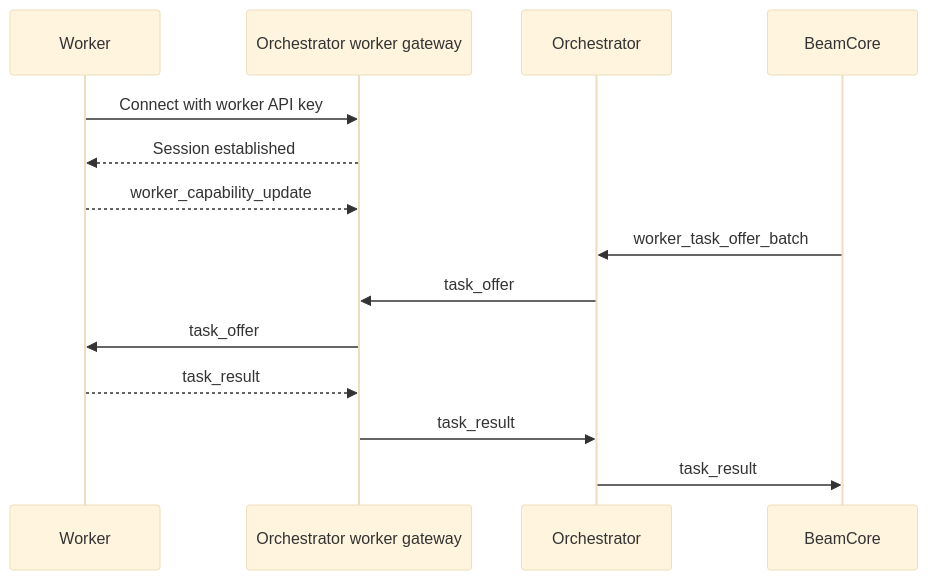
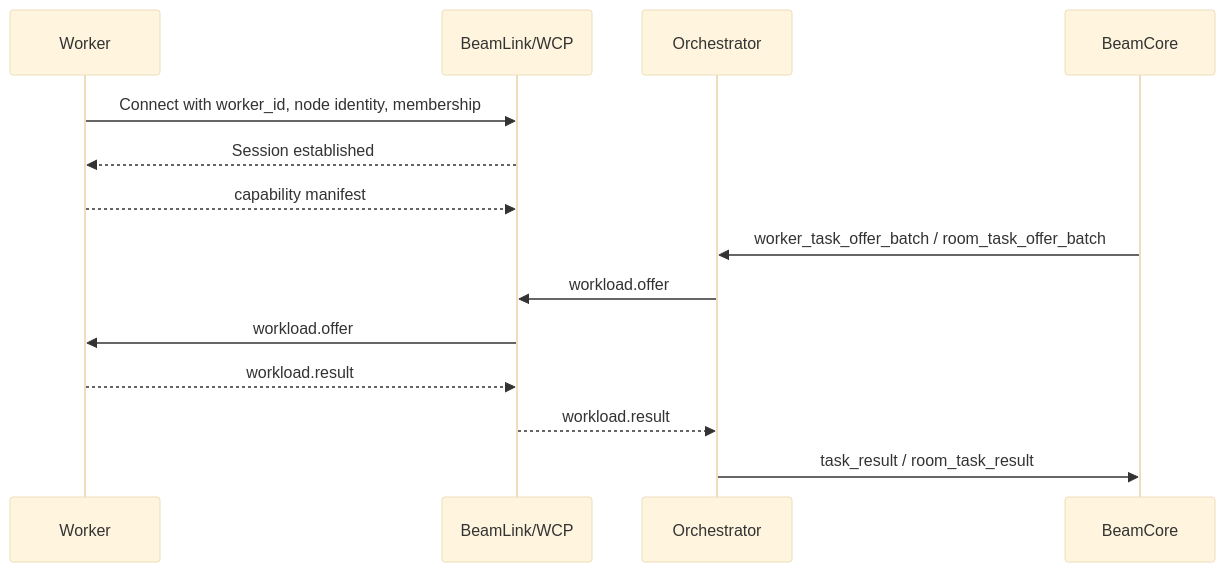
Before and after one commit to Beam-Network/beam: the diagram in guide/workers.md, drawn with Mermaid (base theme). The commit also changed other lines of this file and 177 other files, not shown here.

````diff
--- a/guide/workers.md
+++ b/guide/workers.md
@@ -31,17 +31,17 @@
 ```mermaid
 sequenceDiagram
     participant Worker
-    participant WorkerGateway as Orchestrator worker gateway
+    participant WCP as BeamLink/WCP
     participant Orchestrator
     participant BeamCore
 
-    Worker->>WorkerGateway: Connect with worker API key
-    WorkerGateway-->>Worker: Session established
-    Worker-->>WorkerGateway: worker_capability_update
-    BeamCore->>Orchestrator: worker_task_offer_batch
-    Orchestrator->>WorkerGateway: task_offer
-    WorkerGateway->>Worker: task_offer
-    Worker-->>WorkerGateway: task_result
-    WorkerGateway->>Orchestrator: task_result
-    Orchestrator->>BeamCore: task_result
+    Worker->>WCP: Connect with worker_id, node identity, membership
+    WCP-->>Worker: Session established
+    Worker-->>WCP: capability manifest
+    BeamCore->>Orchestrator: worker_task_offer_batch / room_task_offer_batch
+    Orchestrator->>WCP: workload.offer
+    WCP->>Worker: workload.offer
+    Worker-->>WCP: workload.result
+    WCP-->>Orchestrator: workload.result
+    Orchestrator->>BeamCore: task_result / room_task_result
 ```
````
